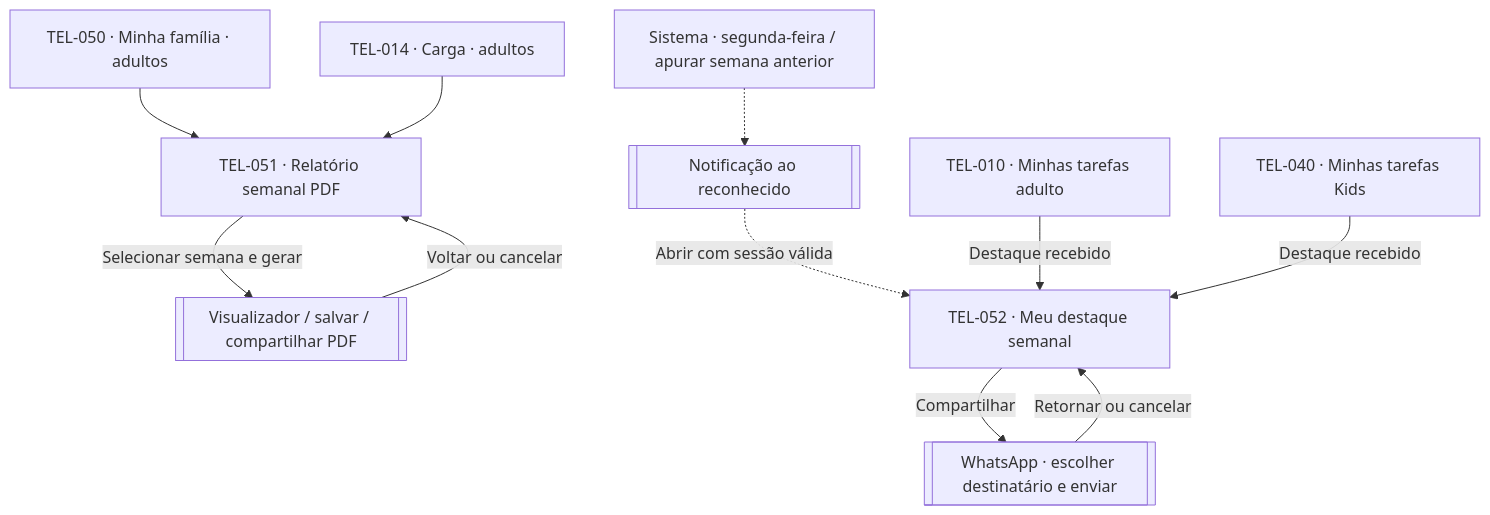
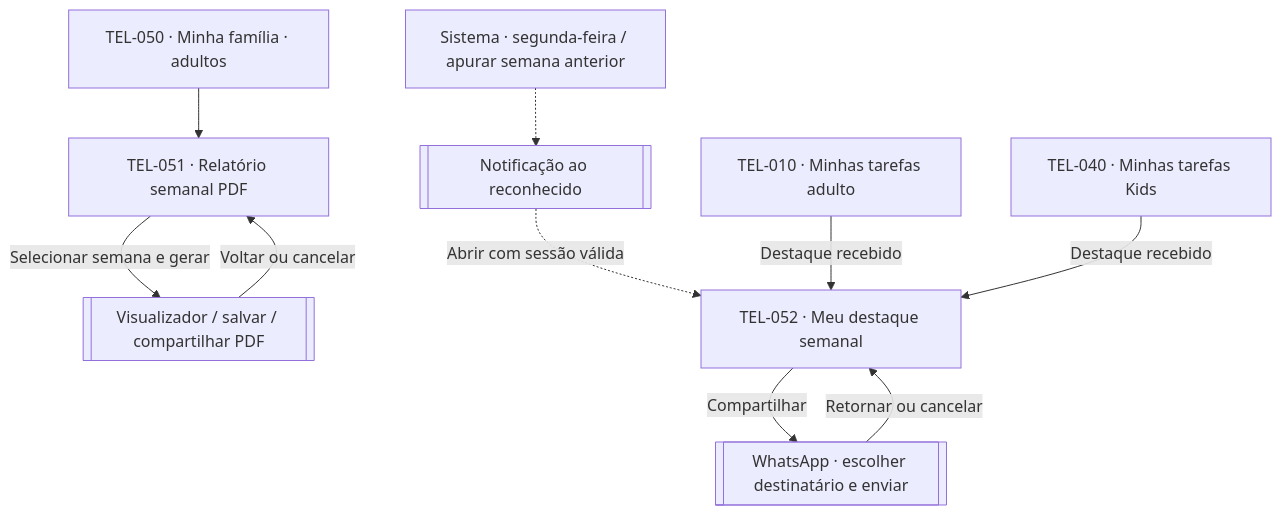
One commit to lizandramalta/App-Rotina-Familiar changed the sixth of 6 diagrams in docs/design/screen-map.md. Above: the diagram before and after it, drawn with Mermaid. The commit also changed other lines of this file and 20 other files, not shown here.

````diff
--- a/docs/design/screen-map.md
+++ b/docs/design/screen-map.md
@@ -189,13 +198,12 @@
 ```mermaid
 flowchart TD
     T050["TEL-050 · Minha família · adultos"] --> T051["TEL-051 · Relatório semanal PDF"]
-    T014["TEL-014 · Carga · adultos"] --> T051
     T051 -->|Selecionar semana e gerar| PDF[["Visualizador / salvar / compartilhar PDF"]]
     PDF -->|Voltar ou cancelar| T051
     Job["Sistema · segunda-feira / apurar semana anterior"] -.-> N[["Notificação ao reconhecido"]]
     N -.->|Abrir com sessão válida| T052["TEL-052 · Meu destaque semanal"]
     T010["TEL-010 · Minhas tarefas adulto"] -->|Destaque recebido| T052
     T040["TEL-040 · Minhas tarefas Kids"] -->|Destaque recebido| T052
     T052 -->|Compartilhar| W[["WhatsApp · escolher destinatário e enviar"]]
     W -->|Retornar ou cancelar| T052
 ```
````
